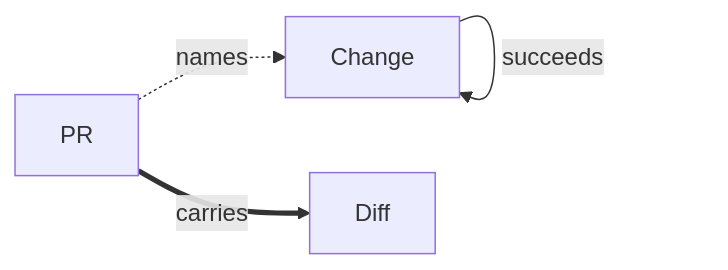
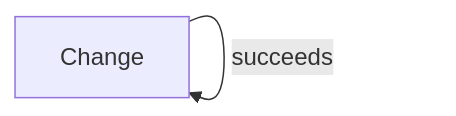
Before and after one commit to Kai-Hacks-AI/KAAL: the diagram in engineering/metamodel/views/sync.md, drawn with Mermaid. The commit also changed other lines of this file and 13 other files, not shown here.

````diff
--- a/engineering/metamodel/views/sync.md
+++ b/engineering/metamodel/views/sync.md
@@ -12,6 +14,4 @@
 ```mermaid
 flowchart LR
   Change -->|succeeds| Change
-  PR -.->|names| Change
-  PR ==>|carries| Diff
 ```
````
